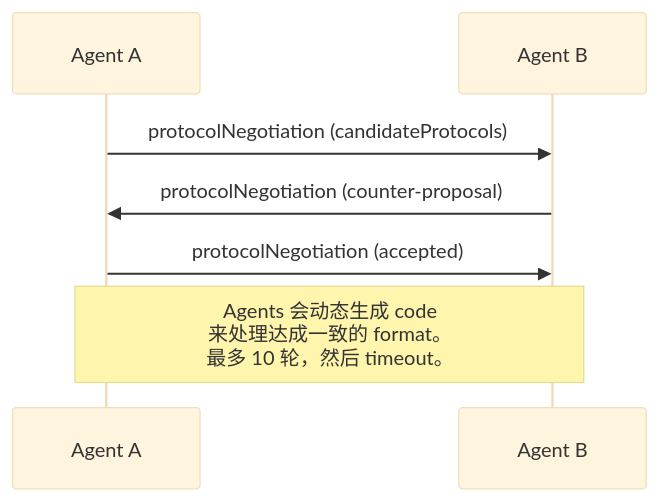
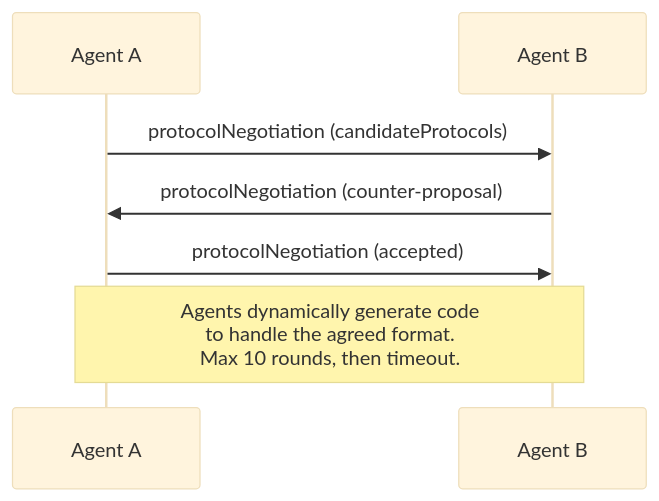
The tenth of 13 diagrams in phases/16-multi-agent-and-swarms/03-communication-protocols/docs/en.md (cluster1900/ai-engineering-from-scratch-zh), drawn with Mermaid (base theme) before and after one commit. The commit also changed other lines of this file and 155 other files, not shown here.

````diff
--- a/phases/16-multi-agent-and-swarms/03-communication-protocols/docs/en.md
+++ b/phases/16-multi-agent-and-swarms/03-communication-protocols/docs/en.md
@@ -538,10 +540,10 @@
 ```mermaid
 sequenceDiagram
     participant A as Agent A
     participant B as Agent B
 
     A->>B: protocolNegotiation (candidateProtocols)
     B->>A: protocolNegotiation (counter-proposal)
     A->>B: protocolNegotiation (accepted)
-    Note over A,B: Agents 会动态生成 code<br/>来处理达成一致的 format。<br/>最多 10 轮，然后 timeout。
+    Note over A,B: Agents dynamically generate code<br/>to handle the agreed format.<br/>Max 10 rounds, then timeout.
 ```
````
